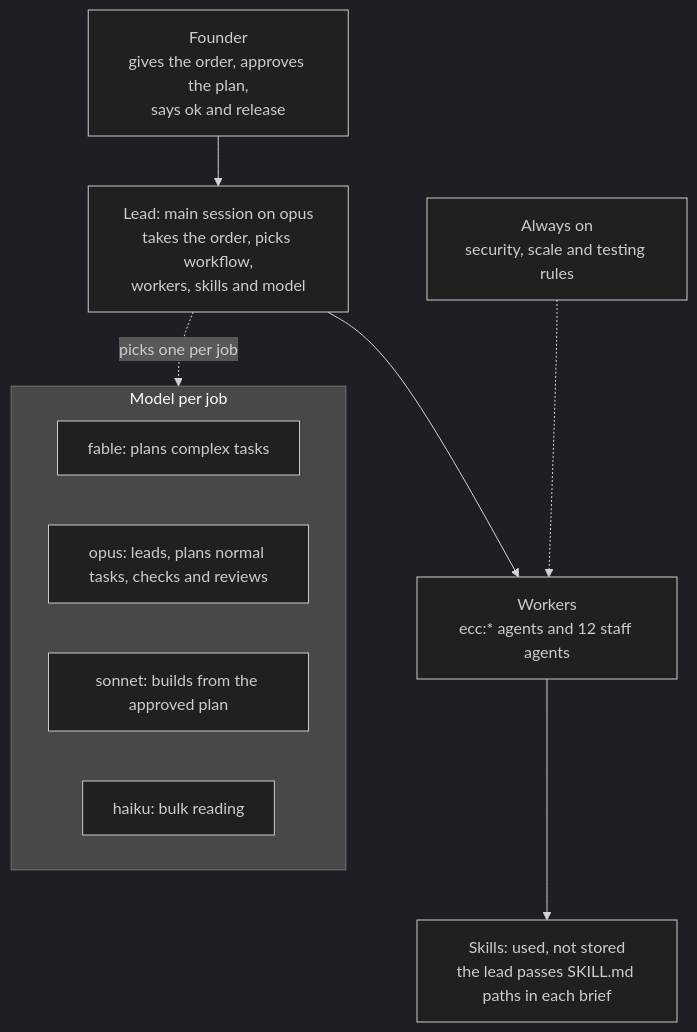
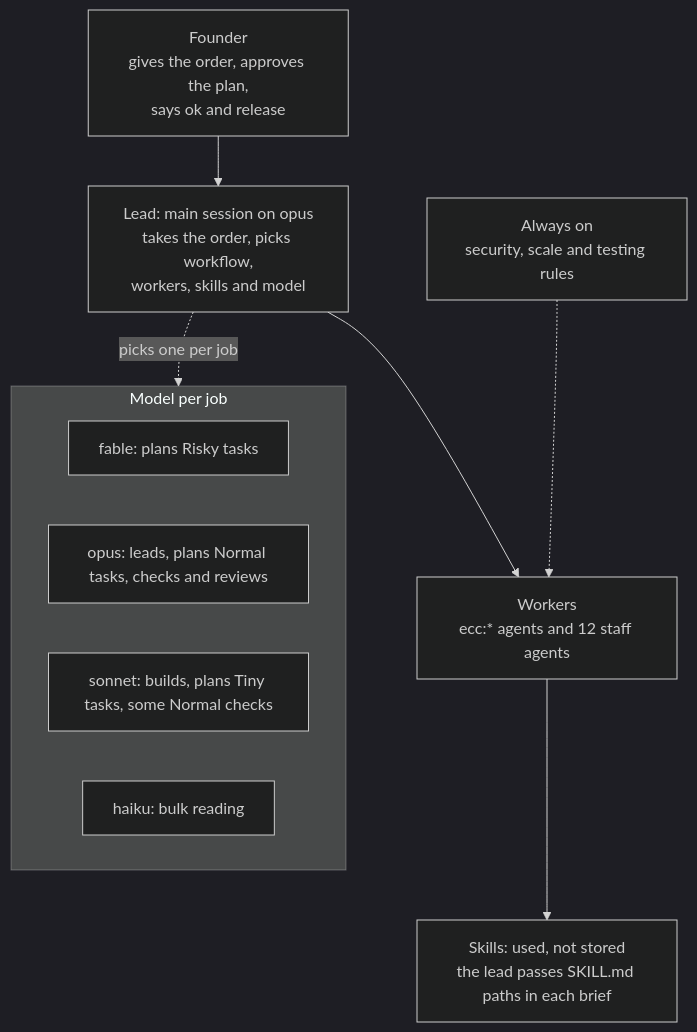
The first of 3 diagrams in README.md (LeongJinZhou/ai-company), drawn with Mermaid (dark theme) before and after one commit. The commit also changed other lines of this file and 8 other files, not shown here.

````diff
--- a/README.md
+++ b/README.md
@@ -10,15 +10,15 @@
 ```mermaid
 flowchart TD
     F["Founder<br>gives the order, approves the plan,<br>says ok and release"] --> L["Lead: main session on opus<br>takes the order, picks workflow,<br>workers, skills and model"]
     L --> W["Workers<br>ecc:* agents and 12 staff agents"]
     W --> S["Skills: used, not stored<br>the lead passes SKILL.md paths in each brief"]
     R["Always on<br>security, scale and testing rules"] -.-> W
     subgraph M["Model per job"]
         direction LR
-        M1["fable: plans complex tasks"]
-        M2["opus: leads, plans normal tasks, checks and reviews"]
-        M3["sonnet: builds from the approved plan"]
+        M1["fable: plans Risky tasks"]
+        M2["opus: leads, plans Normal tasks, checks and reviews"]
+        M3["sonnet: builds, plans Tiny tasks, some Normal checks"]
         M4["haiku: bulk reading"]
     end
     L -. "picks one per job" .-> M
 ```
````
